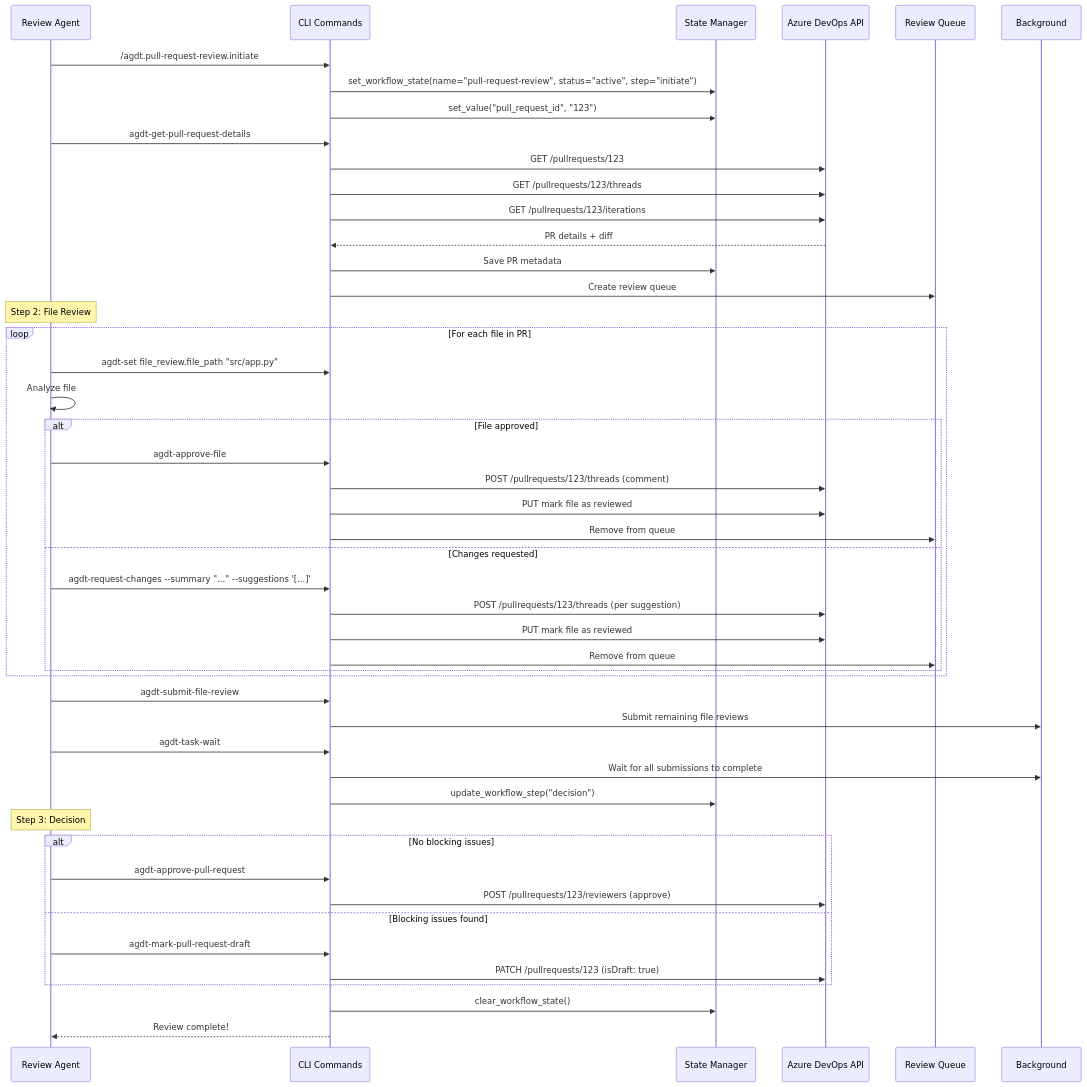
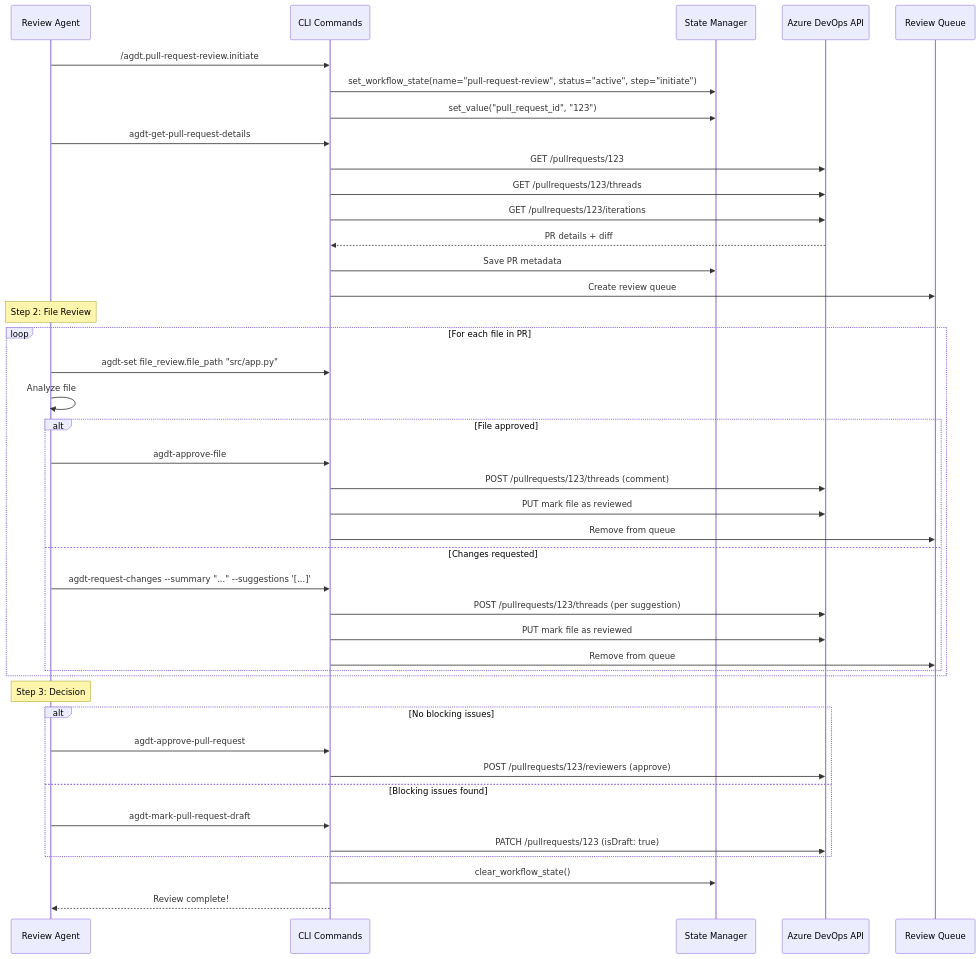
The third of 7 diagrams in docs/06-runtime-view.md (ayaiayorg/agentic-devtools), drawn with Mermaid before and after one commit. The commit also changed 6 other files, not shown here.

````diff
--- a/docs/06-runtime-view.md
+++ b/docs/06-runtime-view.md
@@ -122,56 +122,50 @@
 ```mermaid
 sequenceDiagram
     participant Agent as Review Agent
     participant CLI as CLI Commands
     participant State as State Manager
     participant ADO as Azure DevOps API
     participant Queue as Review Queue
     
     Agent->>CLI: /agdt.pull-request-review.initiate
     CLI->>State: set_workflow_state(name="pull-request-review", status="active", step="initiate")
     CLI->>State: set_value("pull_request_id", "123")
     
     Agent->>CLI: agdt-get-pull-request-details
     CLI->>ADO: GET /pullrequests/123
     CLI->>ADO: GET /pullrequests/123/threads
     CLI->>ADO: GET /pullrequests/123/iterations
     ADO-->>CLI: PR details + diff
     CLI->>State: Save PR metadata
     CLI->>Queue: Create review queue
     
     Note over Agent: Step 2: File Review
     loop For each file in PR
         Agent->>CLI: agdt-set file_review.file_path "src/app.py"
         Agent->>Agent: Analyze file
         
         alt File approved
             Agent->>CLI: agdt-approve-file
             CLI->>ADO: POST /pullrequests/123/threads (comment)
             CLI->>ADO: PUT mark file as reviewed
             CLI->>Queue: Remove from queue
         else Changes requested
             Agent->>CLI: agdt-request-changes --summary "..." --suggestions '[...]'
             CLI->>ADO: POST /pullrequests/123/threads (per suggestion)
             CLI->>ADO: PUT mark file as reviewed
             CLI->>Queue: Remove from queue
         end
     end
     
-    Agent->>CLI: agdt-submit-file-review
-    CLI->>Background: Submit remaining file reviews
-    Agent->>CLI: agdt-task-wait
-    CLI->>Background: Wait for all submissions to complete
-    CLI->>State: update_workflow_step("decision")
-    
     Note over Agent: Step 3: Decision
     alt No blocking issues
         Agent->>CLI: agdt-approve-pull-request
         CLI->>ADO: POST /pullrequests/123/reviewers (approve)
     else Blocking issues found
         Agent->>CLI: agdt-mark-pull-request-draft
         CLI->>ADO: PATCH /pullrequests/123 (isDraft: true)
     end
     
     CLI->>State: clear_workflow_state()
     CLI-->>Agent: Review complete!
 ```
````
